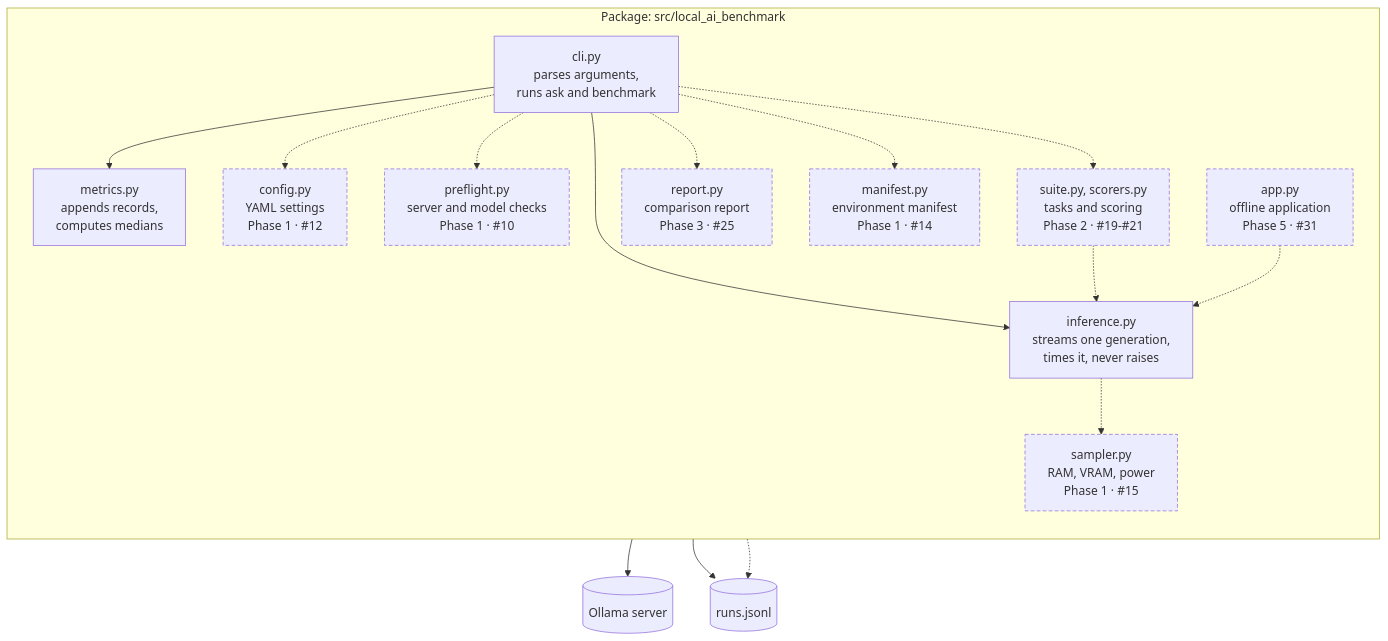
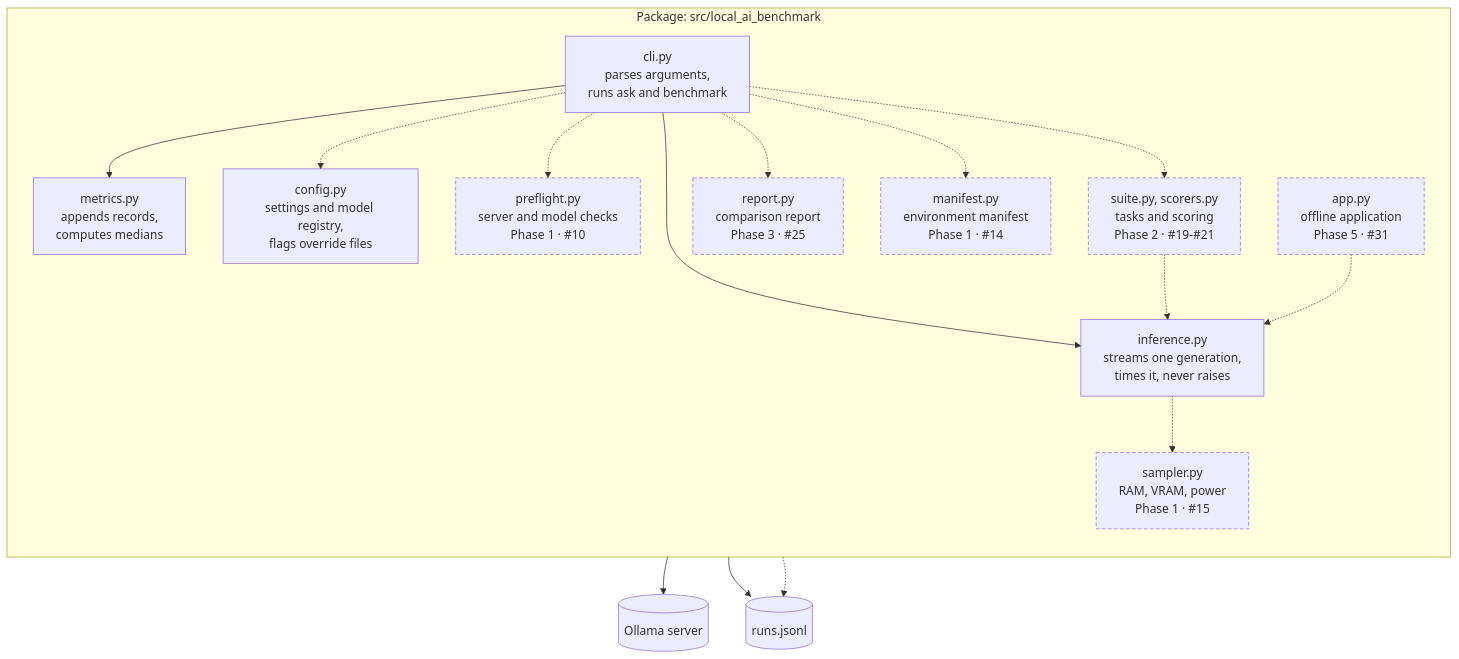
One commit to saicharan-nidiganti/local-ai-benchmark changed the second of 3 diagrams in docs/architecture.md. Above: the diagram before and after it, drawn with Mermaid. The commit also changed other lines of this file and 14 other files, not shown here.

````diff
--- a/docs/architecture.md
+++ b/docs/architecture.md
@@ -50,32 +50,32 @@
 ```mermaid
 flowchart TB
     subgraph pkg["Package: src/local_ai_benchmark"]
         direction TB
         cli["cli.py<br/>parses arguments,<br/>runs ask and benchmark"]
         inference["inference.py<br/>streams one generation,<br/>times it, never raises"]
         metrics["metrics.py<br/>appends records,<br/>computes medians"]
-        config["config.py<br/>YAML settings<br/>Phase 1 · #12"]:::planned
+        config["config.py<br/>settings and model registry,<br/>flags override files"]
         preflight["preflight.py<br/>server and model checks<br/>Phase 1 · #10"]:::planned
         manifest["manifest.py<br/>environment manifest<br/>Phase 1 · #14"]:::planned
         sampler["sampler.py<br/>RAM, VRAM, power<br/>Phase 1 · #15"]:::planned
         suite["suite.py, scorers.py<br/>tasks and scoring<br/>Phase 2 · #19-#21"]:::planned
         report["report.py<br/>comparison report<br/>Phase 3 · #25"]:::planned
         app["app.py<br/>offline application<br/>Phase 5 · #31"]:::planned
     end
     ollama[("Ollama server")]
     log[("runs.jsonl")]
     cli --> inference
     cli --> metrics
     inference --> ollama
     metrics --> log
     cli -.-> config
     cli -.-> preflight
     cli -.-> suite
     cli -.-> report
     inference -.-> sampler
     cli -.-> manifest
     suite -.-> inference
     report -.-> log
     app -.-> inference
     classDef planned stroke-dasharray: 5 3
 ```
````
